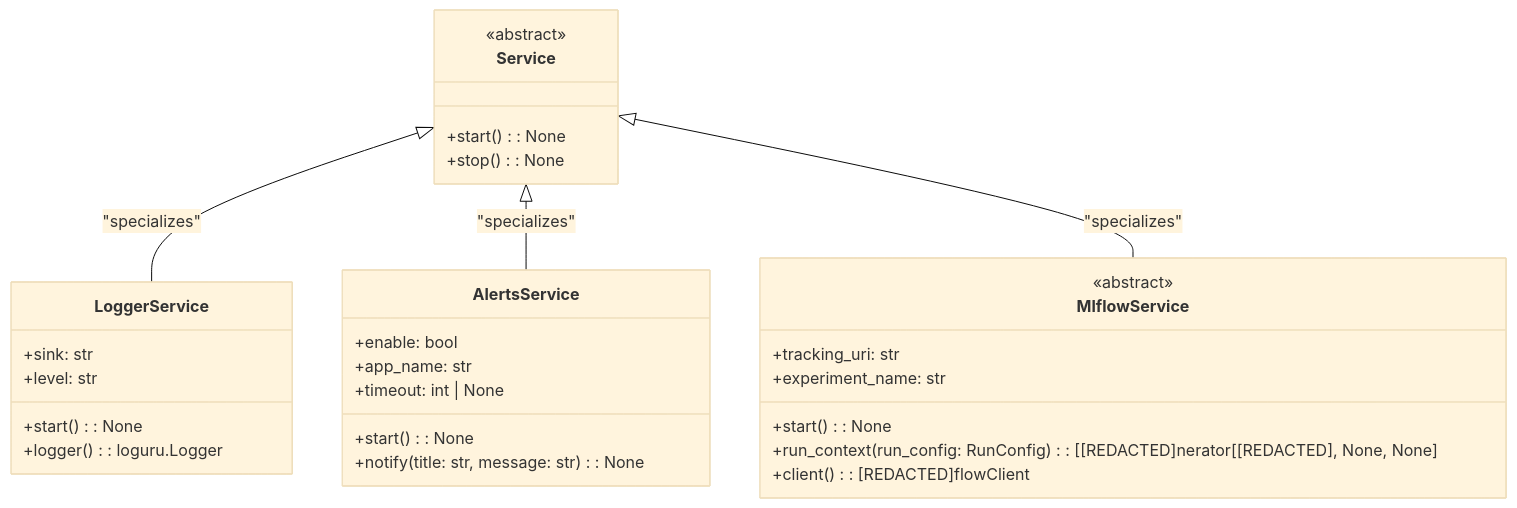
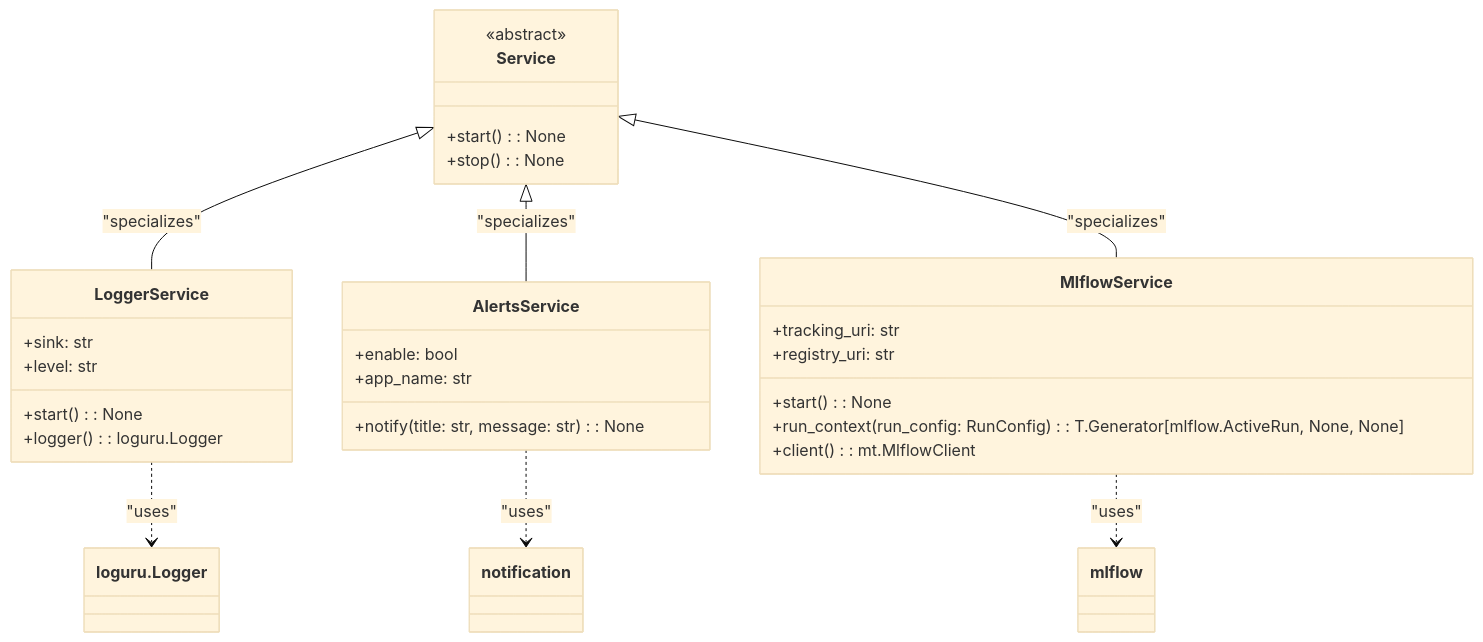
The diagram in Documents/Services_stories.md (fmind/mlops-python-package), drawn with Mermaid (base theme) before and after one commit. The commit also changed other lines of this file, not shown here.

Commit message:
docs: Services REDACTED delete

````diff
--- a/Documents/Services_stories.md
+++ b/Documents/Services_stories.md
@@ -25,39 +19,41 @@
 ```mermaid
 classDiagram
     %% Base Class: Service
     class Service {
         <<abstract>>
         +start(): None
         +stop(): None
     }
 
     %% LoggerService Class
     class LoggerService {
         +sink: str
         +level: str
         +start(): None
         +logger(): loguru.Logger
     }
     Service <|-- LoggerService : "specializes"
 
     %% AlertsService Class
     class AlertsService {
         +enable: bool
         +app_name: str
-        +timeout: int | None
-        +start(): None
         +notify(title: str, message: str): None
     }
     Service <|-- AlertsService : "specializes"
 
     %% MlflowService Class
     class MlflowService {
-        <<abstract>>
         +tracking_uri: str
-        +experiment_name: str
+        +registry_uri: str
         +start(): None
-        +run_context(run_config: RunConfig): [[REDACTED]nerator[[REDACTED], None, None]
-        +client(): [REDACTED]flowClient
+        +run_context(run_config: RunConfig): T.Generator[mlflow.ActiveRun, None, None]
+        +client(): mt.MlflowClient
     }
     Service <|-- MlflowService : "specializes"
+
+    %% Relationships
+    LoggerService ..> loguru.Logger : "uses"
+    AlertsService ..> notification : "uses"
+    MlflowService ..> mlflow : "uses"
 ```
````
